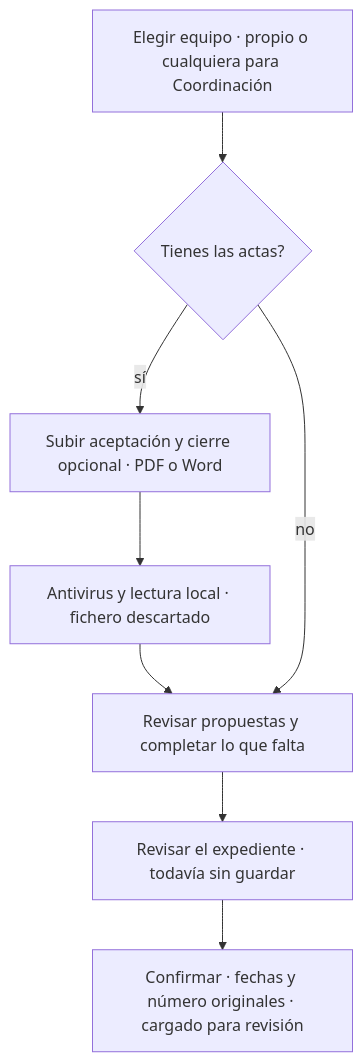
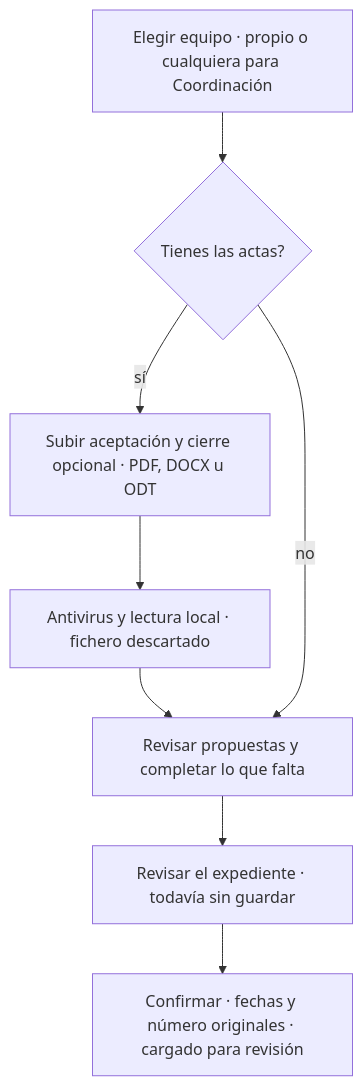
One commit to aavidad/expedientes-etf changed diagram 16 of 18 in docs/producto/FLUJO_APP.md. Above: the diagram before and after it, drawn with Mermaid. The commit also changed other lines of this file and 567 other files, not shown here.

````diff
--- a/docs/producto/FLUJO_APP.md
+++ b/docs/producto/FLUJO_APP.md
@@ -762,10 +779,10 @@
 ```mermaid
 flowchart TD
   A[Elegir equipo · propio o cualquiera para Coordinación] --> B{Tienes las actas?}
-  B -- sí --> C[Subir aceptación y cierre opcional · PDF o Word]
+  B -- sí --> C[Subir aceptación y cierre opcional · PDF, DOCX u ODT]
   C --> D[Antivirus y lectura local · fichero descartado]
   D --> E[Revisar propuestas y completar lo que falta]
   B -- no --> E
   E --> F[Revisar el expediente · todavía sin guardar]
   F --> G[Confirmar · fechas y número originales · cargado para revisión]
 ```
````
